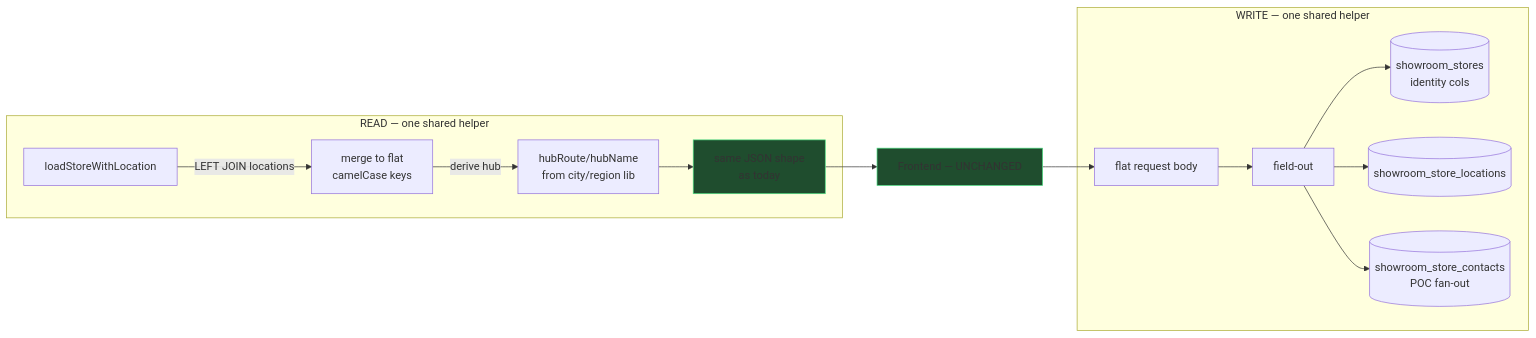
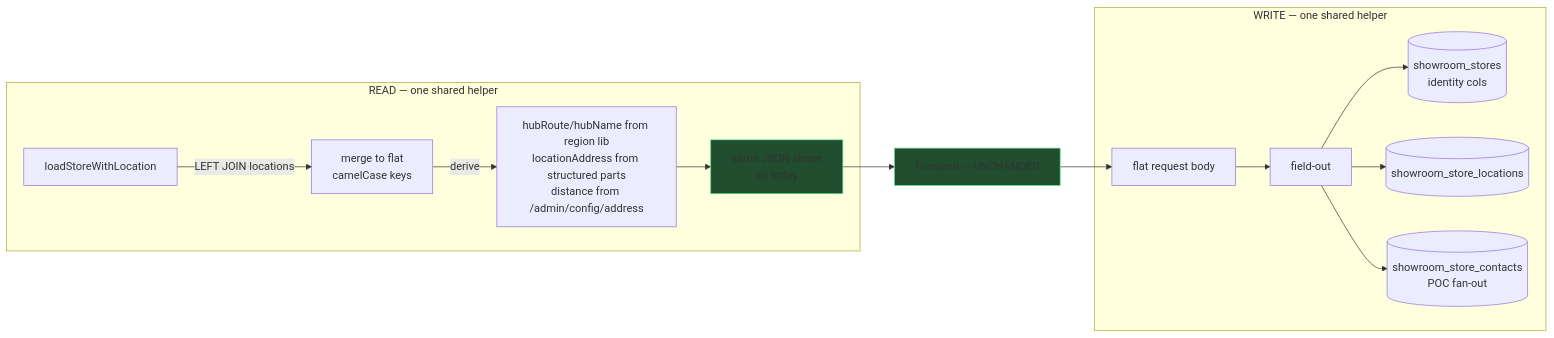
Before and after one commit to jmbish04/core-remodel: the third of 6 diagrams in docs/0031_showroom_stores_location_refactor/IMPLEMENTATION_PLAN.md, drawn with Mermaid. The commit also changed other lines of this file and 2 other files, not shown here.

First line of the commit message:
docs(0031): location_address parse-only (never stored) + dynamic distance

````diff
--- a/docs/0031_showroom_stores_location_refactor/IMPLEMENTATION_PLAN.md
+++ b/docs/0031_showroom_stores_location_refactor/IMPLEMENTATION_PLAN.md
@@ -182,19 +184,19 @@
 ```mermaid
 flowchart LR
     subgraph read["READ — one shared helper"]
         Q[loadStoreWithLocation] -->|LEFT JOIN locations| M[merge to flat<br/>camelCase keys]
-        M -->|derive hub| H[hubRoute/hubName<br/>from city/region lib]
+        M -->|derive| H[hubRoute/hubName from region lib<br/>locationAddress from structured parts<br/>distance from /admin/config/address]
         H --> R[same JSON shape<br/>as today]
     end
     subgraph write["WRITE — one shared helper"]
         B[flat request body] --> F[field-out]
         F --> S[(showroom_stores<br/>identity cols)]
         F --> L[(showroom_store_locations)]
         F --> C[(showroom_store_contacts<br/>POC fan-out)]
     end
     R --> FE[Frontend — UNCHANGED]
     FE --> B
     classDef done fill:#1f4d2e,stroke:#4ade80
     classDef risk fill:#4d1f1f,stroke:#f87171
     class R,FE done
 ```
````
